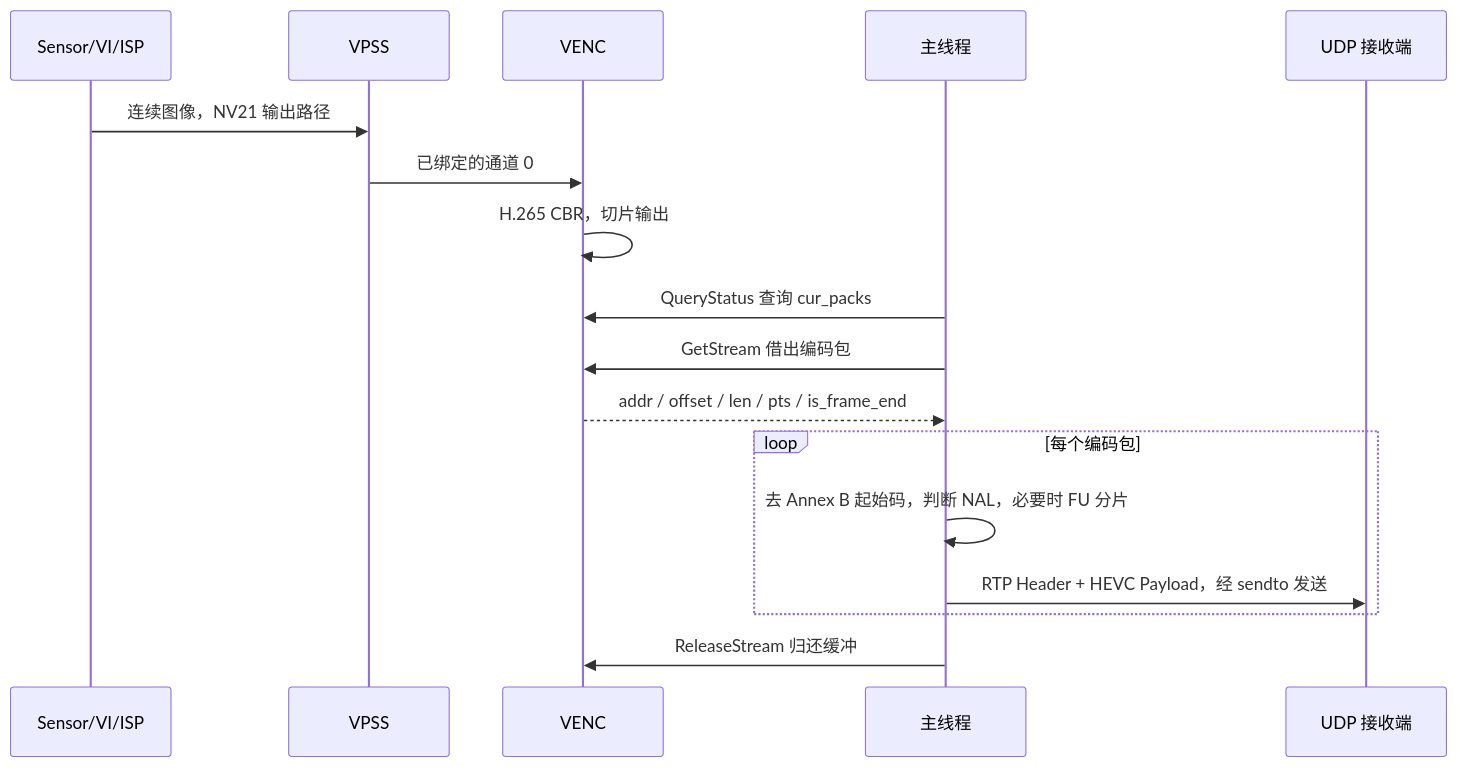
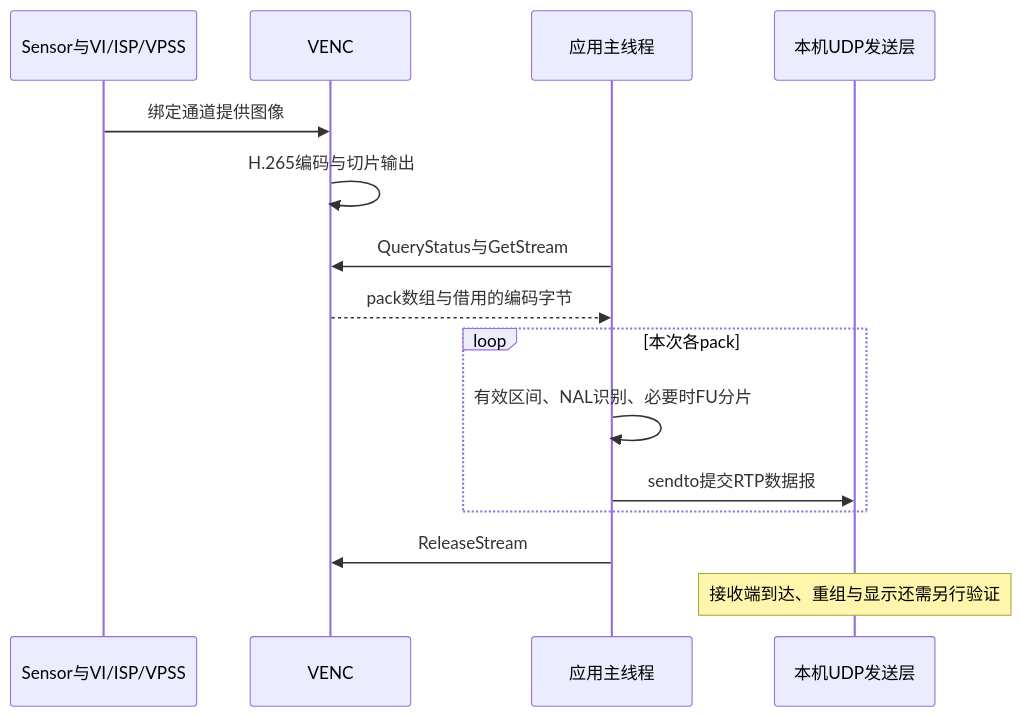
The second of 3 diagrams in docs/全局架构与技术剖析.md (Bamboo-tt/Hi3516_Data_Transmission), drawn with Mermaid before and after one commit. The commit also changed other lines of this file and 23 other files, not shown here.

Commit message:
docs: refine Hi3516 learning guide and architecture analysis

````diff
--- a/docs/全局架构与技术剖析.md
+++ b/docs/全局架构与技术剖析.md
@@ -180,19 +194,17 @@
-~~~mermaid
+```mermaid
 sequenceDiagram
-    participant S as Sensor/VI/ISP
-    participant P as VPSS
+    participant P as Sensor与VI/ISP/VPSS
     participant V as VENC
-    participant A as 主线程
-    participant N as UDP 接收端
-    S->>P: 连续图像，NV21 输出路径
-    P->>V: 已绑定的通道 0
-    V->>V: H.265 CBR，切片输出
-    A->>V: QueryStatus 查询 cur_packs
-    A->>V: GetStream 借出编码包
-    V-->>A: addr / offset / len / pts / is_frame_end
-    loop 每个编码包
-        A->>A: 去 Annex B 起始码，判断 NAL，必要时 FU 分片
-        A->>N: RTP Header + HEVC Payload，经 sendto 发送
+    participant A as 应用主线程
+    participant K as 本机UDP发送层
+    P->>V: 绑定通道提供图像
+    V->>V: H.265编码与切片输出
+    A->>V: QueryStatus与GetStream
+    V-->>A: pack数组与借用的编码字节
+    loop 本次各pack
+        A->>A: 有效区间、NAL识别、必要时FU分片
+        A->>K: sendto提交RTP数据报
     end
-    A->>V: ReleaseStream 归还缓冲
-~~~
+    A->>V: ReleaseStream
+    Note over K: 接收端到达、重组与显示还需另行验证
+```
````
